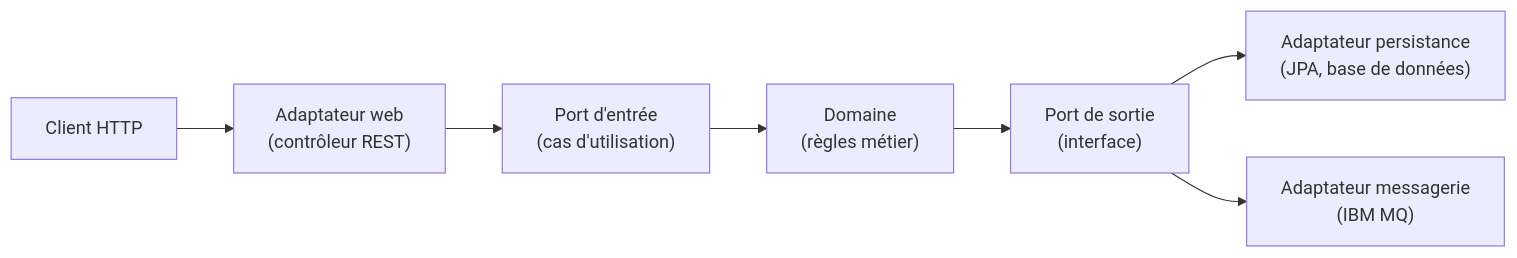
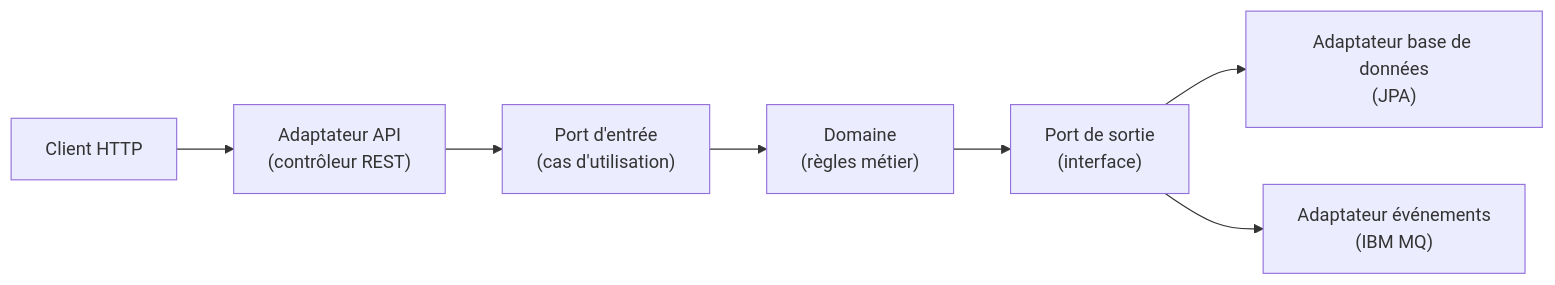
The first of 6 diagrams in sketches/SpringBoot4IntegrationTests4/General.md (inacioc/Arduino), drawn with Mermaid before and after one commit. The commit also changed other lines of this file and 1 other file, not shown here.

````diff
--- a/sketches/SpringBoot4IntegrationTests4/General.md
+++ b/sketches/SpringBoot4IntegrationTests4/General.md
@@ -36,9 +64,9 @@
 ```mermaid
 flowchart LR
-    Client["Client HTTP"] --> Web["Adaptateur web<br/>(contrôleur REST)"]
+    Client["Client HTTP"] --> Web["Adaptateur API<br/>(contrôleur REST)"]
     Web --> UC["Port d'entrée<br/>(cas d'utilisation)"]
     UC --> Dom["Domaine<br/>(règles métier)"]
     Dom --> Out["Port de sortie<br/>(interface)"]
-    Out --> Pers["Adaptateur persistance<br/>(JPA, base de données)"]
-    Out --> Mq["Adaptateur messagerie<br/>(IBM MQ)"]
+    Out --> Pers["Adaptateur base de données<br/>(JPA)"]
+    Out --> Mq["Adaptateur événements<br/>(IBM MQ)"]
 ```
````
